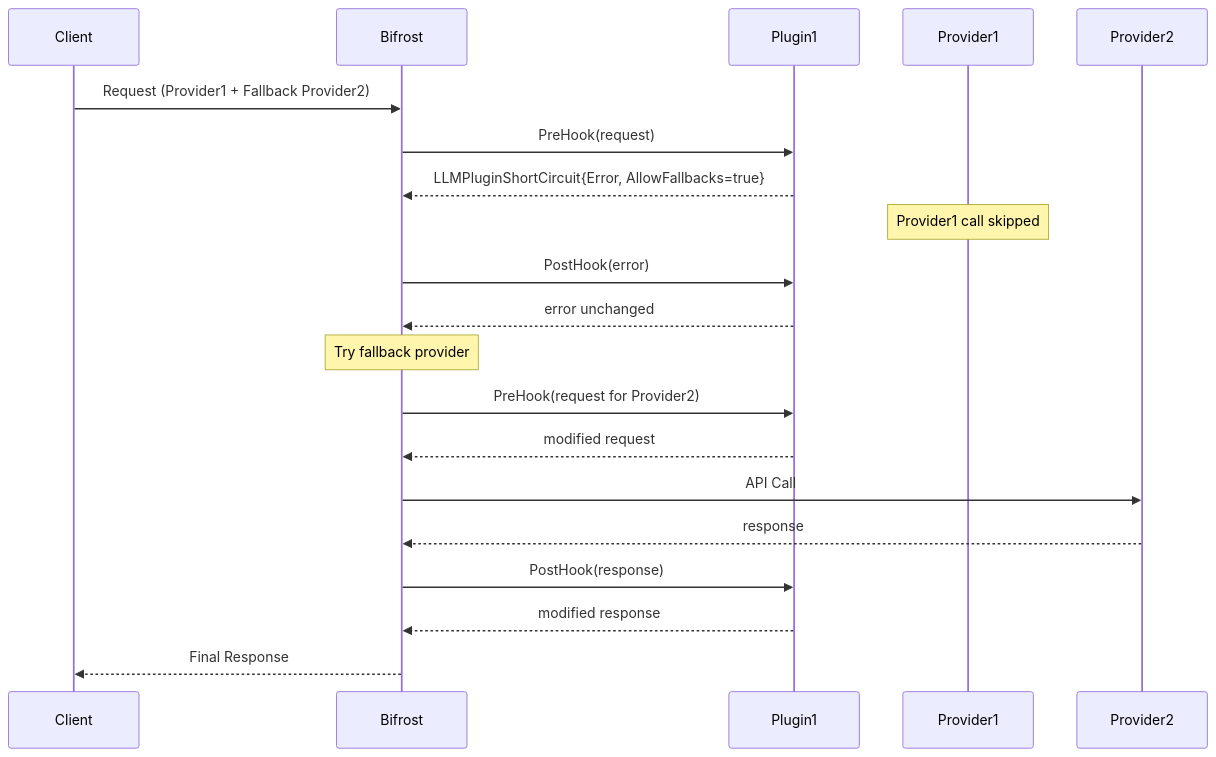
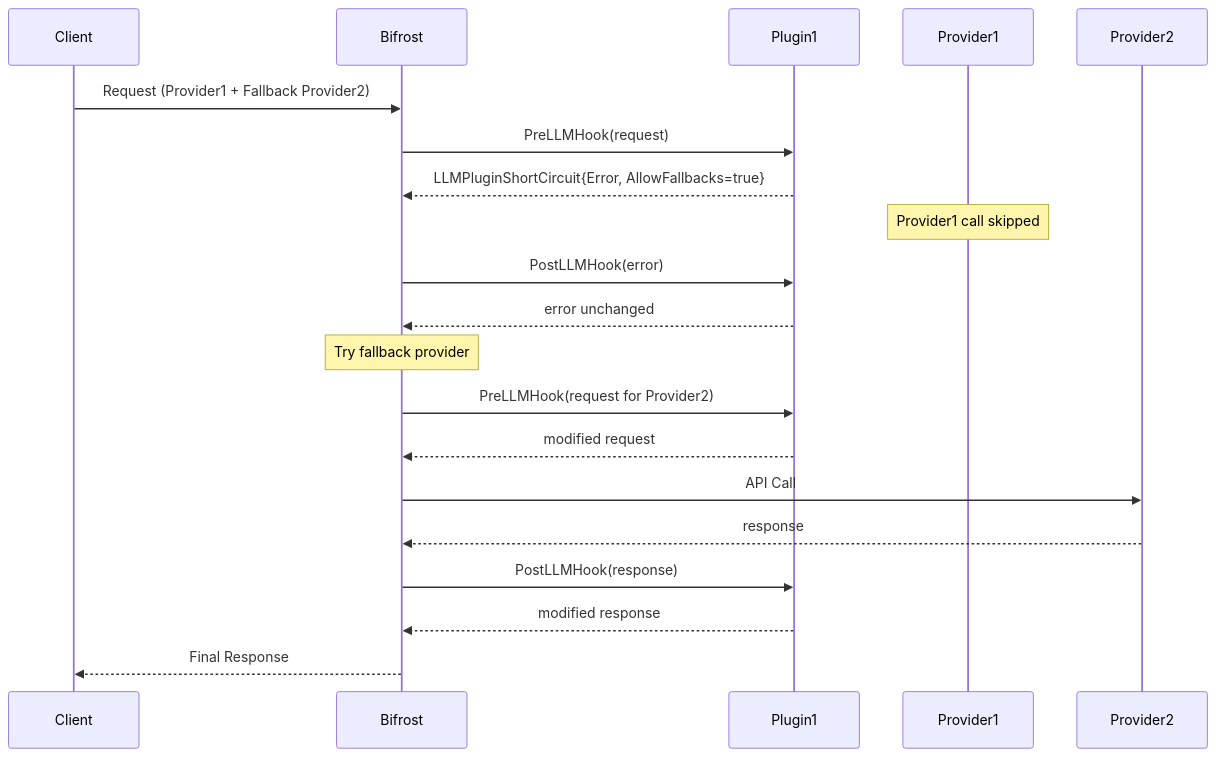
The sixth of 10 diagrams in docs/architecture/core/plugins.mdx (maximhq/bifrost), drawn with Mermaid before and after one commit. The commit also changed other lines of this file and 62 other files, not shown here.

````diff
--- a/docs/architecture/core/plugins.mdx
+++ b/docs/architecture/core/plugins.mdx
@@ -269,24 +269,24 @@
 ```mermaid
 sequenceDiagram
     participant Client
     participant Bifrost
     participant Plugin1
     participant Provider1
     participant Provider2
 
     Client->>Bifrost: Request (Provider1 + Fallback Provider2)
-    Bifrost->>Plugin1: PreHook(request)
+    Bifrost->>Plugin1: PreLLMHook(request)
     Plugin1-->>Bifrost: LLMPluginShortCircuit{Error, AllowFallbacks=true}
     Note over Provider1: Provider1 call skipped
-    Bifrost->>Plugin1: PostHook(error)
+    Bifrost->>Plugin1: PostLLMHook(error)
     Plugin1-->>Bifrost: error unchanged
 
     Note over Bifrost: Try fallback provider
-    Bifrost->>Plugin1: PreHook(request for Provider2)
+    Bifrost->>Plugin1: PreLLMHook(request for Provider2)
     Plugin1-->>Bifrost: modified request
     Bifrost->>Provider2: API Call
     Provider2-->>Bifrost: response
-    Bifrost->>Plugin1: PostHook(response)
+    Bifrost->>Plugin1: PostLLMHook(response)
     Plugin1-->>Bifrost: modified response
     Bifrost-->>Client: Final Response
 ```
````
